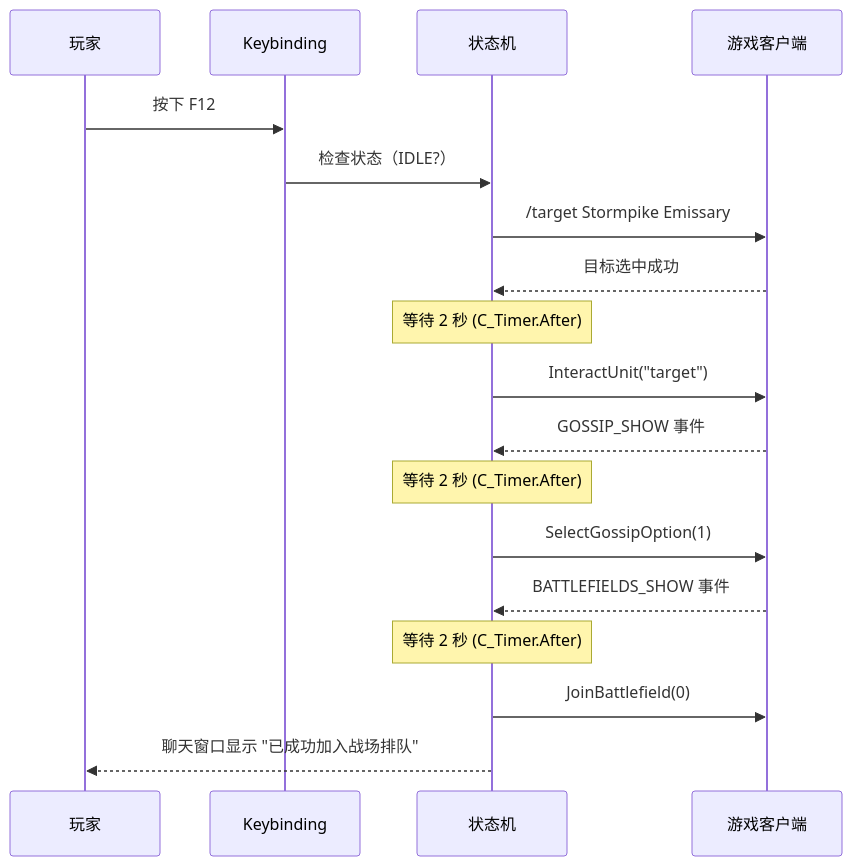
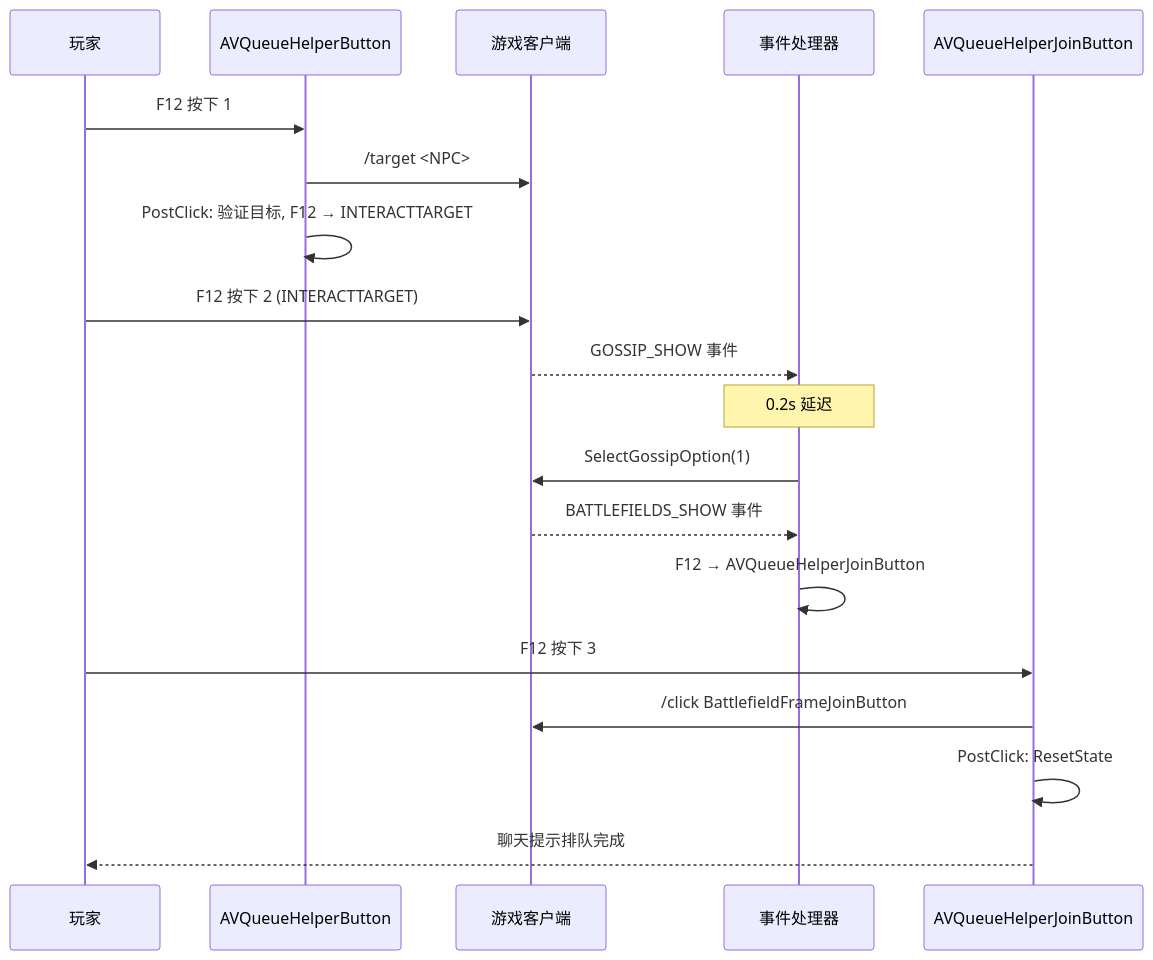
One commit to sheng-wang-i/WowAVQueueHelper changed the second of 3 diagrams in .kiro/specs/wow-classic-addon/design.md. Above: the diagram before and after it, drawn with Mermaid. The commit also changed other lines of this file and 3 other files, not shown here.

````diff
--- a/.kiro/specs/wow-classic-addon/design.md
+++ b/.kiro/specs/wow-classic-addon/design.md
@@ -57,21 +61,24 @@
 ```mermaid
 sequenceDiagram
     participant P as 玩家
-    participant K as Keybinding
-    participant SM as 状态机
+    participant B1 as AVQueueHelperButton
     participant G as 游戏客户端
-    
-    P->>K: 按下 F12
-    K->>SM: 检查状态（IDLE?）
-    SM->>G: /target Stormpike Emissary
-    G-->>SM: 目标选中成功
-    Note over SM: 等待 2 秒 (C_Timer.After)
-    SM->>G: InteractUnit("target")
-    G-->>SM: GOSSIP_SHOW 事件
-    Note over SM: 等待 2 秒 (C_Timer.After)
-    SM->>G: SelectGossipOption(1)
-    G-->>SM: BATTLEFIELDS_SHOW 事件
-    Note over SM: 等待 2 秒 (C_Timer.After)
-    SM->>G: JoinBattlefield(0)
-    SM-->>P: 聊天窗口显示 "已成功加入战场排队"
+    participant EH as 事件处理器
+    participant B2 as AVQueueHelperJoinButton
+
+    P->>B1: F12 按下 1
+    B1->>G: /target <NPC>
+    B1->>B1: PostClick: 验证目标, F12 → INTERACTTARGET
+
+    P->>G: F12 按下 2 (INTERACTTARGET)
+    G-->>EH: GOSSIP_SHOW 事件
+    Note over EH: 0.2s 延迟
+    EH->>G: SelectGossipOption(1)
+    G-->>EH: BATTLEFIELDS_SHOW 事件
+    EH->>EH: F12 → AVQueueHelperJoinButton
+
+    P->>B2: F12 按下 3
+    B2->>G: /click BattlefieldFrameJoinButton
+    B2->>B2: PostClick: ResetState
+    B2-->>P: 聊天提示排队完成
 ```
````
